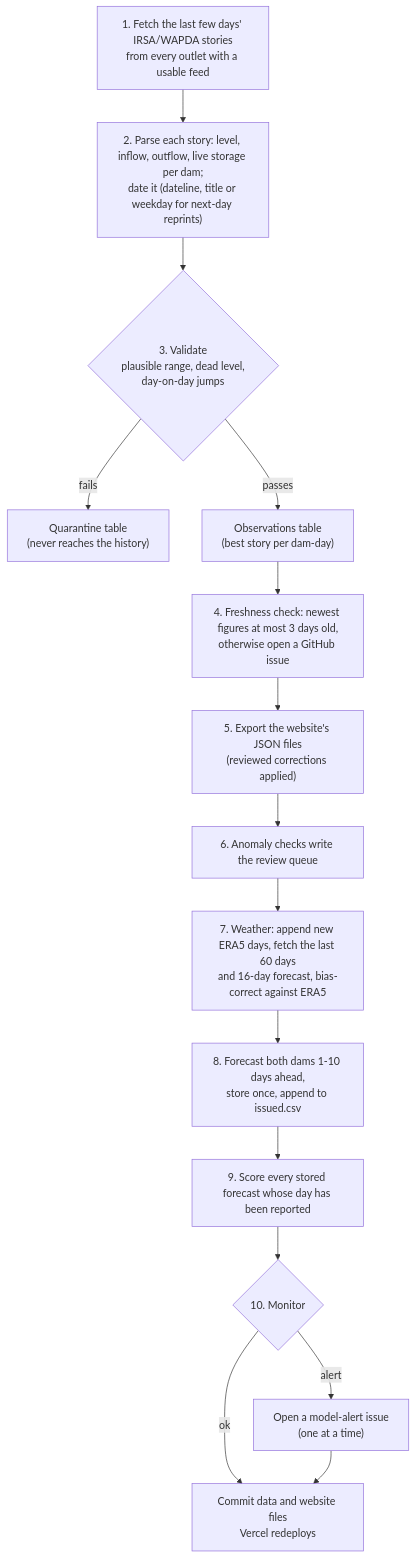
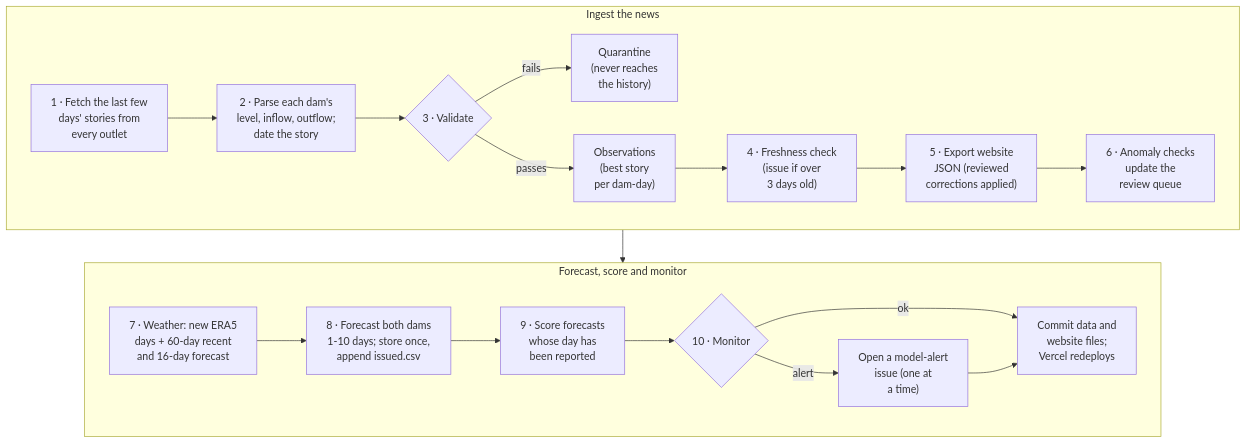
One commit to arooj-zehra/pakistan-water-watch changed the second of 5 diagrams in README.md. Above: the diagram before and after it, drawn with Mermaid.

Commit message:
Accuracy page: too few to judge; daily job diagram left to right

````diff
--- a/README.md
+++ b/README.md
@@ -105,17 +105,23 @@
 ```mermaid
-flowchart TD
-    a["1. Fetch the last few days' IRSA/WAPDA stories<br/>from every outlet with a usable feed"] --> b
-    b["2. Parse each story: level, inflow, outflow, live storage per dam;<br/>date it (dateline, title or weekday for next-day reprints)"] --> c
-    c{"3. Validate<br/>plausible range, dead level,<br/>day-on-day jumps"}
-    c -- "fails" --> q["Quarantine table<br/>(never reaches the history)"]
-    c -- "passes" --> d["Observations table<br/>(best story per dam-day)"]
-    d --> e["4. Freshness check: newest figures at most 3 days old,<br/>otherwise open a GitHub issue"]
-    e --> f["5. Export the website's JSON files<br/>(reviewed corrections applied)"]
-    f --> g["6. Anomaly checks write the review queue"]
-    g --> h["7. Weather: append new ERA5 days, fetch the last 60 days<br/>and 16-day forecast, bias-correct against ERA5"]
-    h --> i["8. Forecast both dams 1-10 days ahead,<br/>store once, append to issued.csv"]
-    i --> j["9. Score every stored forecast whose day has been reported"]
-    j --> k{"10. Monitor"}
-    k -- "ok" --> l["Commit data and website files<br/>Vercel redeploys"]
-    k -- "alert" --> m["Open a model-alert issue<br/>(one at a time)"] --> l
+flowchart TB
+    subgraph ING["Ingest the news"]
+        direction LR
+        a["1 · Fetch the last few<br/>days' stories from<br/>every outlet"] --> b["2 · Parse each dam's<br/>level, inflow, outflow;<br/>date the story"]
+        b --> c{"3 · Validate"}
+        c -- "fails" --> q["Quarantine<br/>(never reaches<br/>the history)"]
+        c -- "passes" --> d["Observations<br/>(best story<br/>per dam-day)"]
+        d --> e["4 · Freshness check<br/>(issue if over<br/>3 days old)"]
+        e --> f["5 · Export website<br/>JSON (reviewed<br/>corrections applied)"]
+        f --> g["6 · Anomaly checks<br/>update the<br/>review queue"]
+    end
+    subgraph FC["Forecast, score and monitor"]
+        direction LR
+        h["7 · Weather: new ERA5<br/>days + 60-day recent<br/>and 16-day forecast"] --> i["8 · Forecast both dams<br/>1-10 days; store once,<br/>append issued.csv"]
+        i --> j["9 · Score forecasts<br/>whose day has<br/>been reported"]
+        j --> k{"10 · Monitor"}
+        k -- "ok" --> l["Commit data and<br/>website files;<br/>Vercel redeploys"]
+        k -- "alert" --> m["Open a model-alert<br/>issue (one at<br/>a time)"]
+        m --> l
+    end
+    ING --> FC
 ```
````
